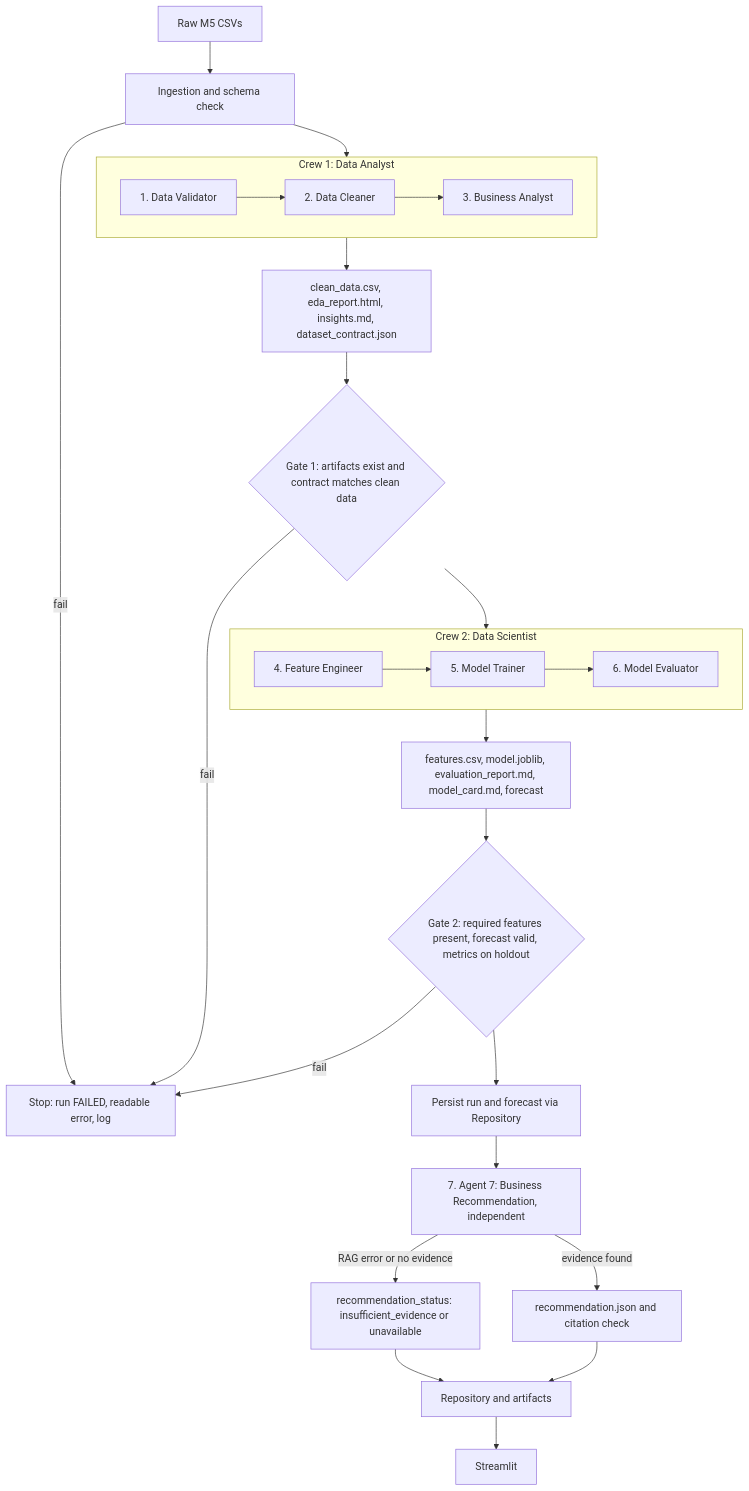
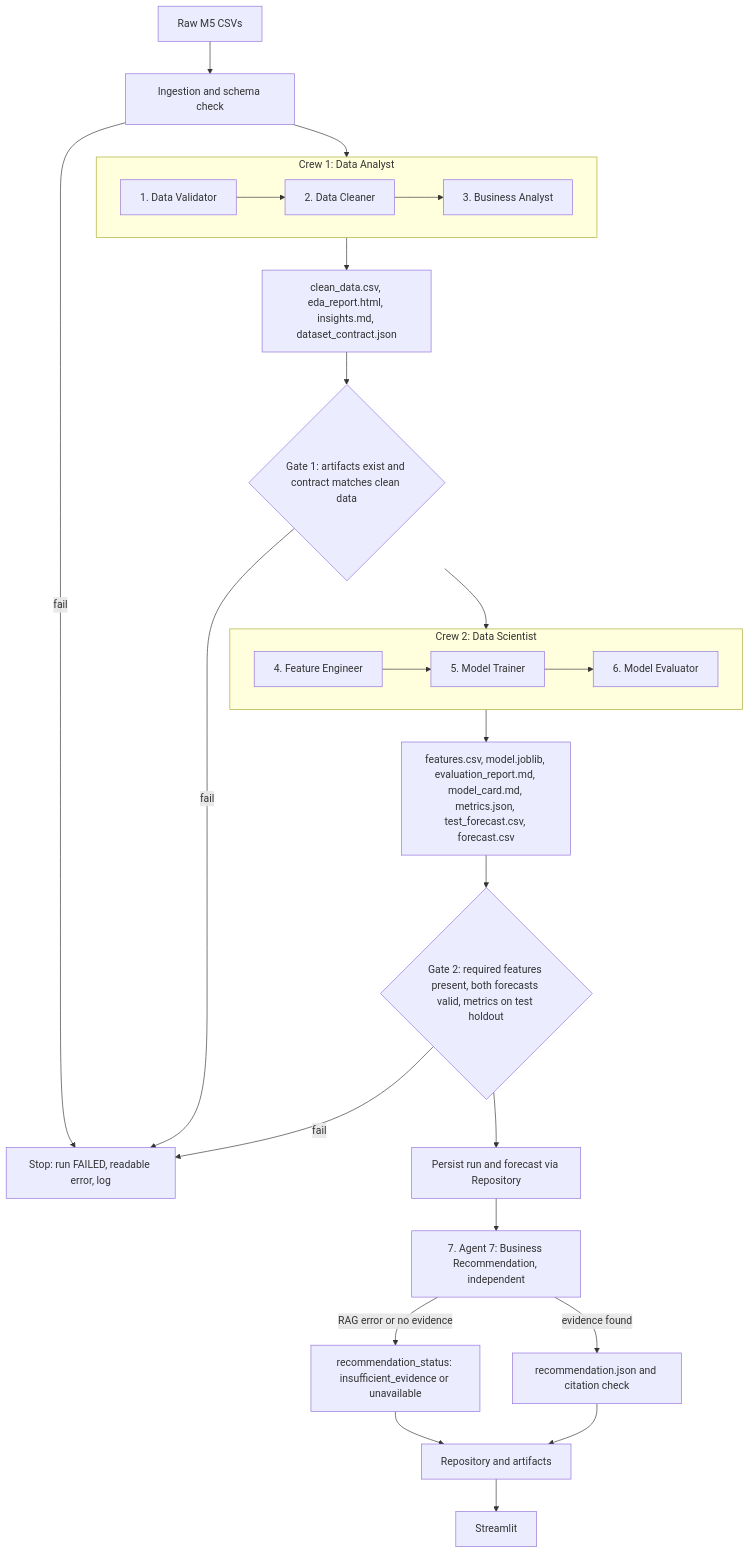
One commit to micgotler-cmd/retailai-multi-agent-sales-intelligence changed the first of 3 diagrams in docs/architecture.md. Above: the diagram before and after it, drawn with Mermaid. The commit also changed other lines of this file and 6 other files, not shown here.

````diff
--- a/docs/architecture.md
+++ b/docs/architecture.md
@@ -15,31 +15,31 @@
 ```mermaid
 flowchart TD
     RAW[Raw M5 CSVs] --> ING[Ingestion and schema check]
     ING -->|fail| FAIL[Stop: run FAILED, readable error, log]
     ING --> C1
 
     subgraph C1[Crew 1: Data Analyst]
         A1[1. Data Validator] --> A2[2. Data Cleaner] --> A3[3. Business Analyst]
     end
 
     C1 --> ART1[clean_data.csv, eda_report.html, insights.md, dataset_contract.json]
     ART1 --> G1{Gate 1: artifacts exist and contract matches clean data}
     G1 -->|fail| FAIL
     G1 --> C2
 
     subgraph C2[Crew 2: Data Scientist]
         S1[4. Feature Engineer] --> S2[5. Model Trainer] --> S3[6. Model Evaluator]
     end
 
-    C2 --> ART2[features.csv, model.joblib, evaluation_report.md, model_card.md, forecast]
-    ART2 --> G2{Gate 2: required features present, forecast valid, metrics on holdout}
+    C2 --> ART2[features.csv, model.joblib, evaluation_report.md, model_card.md, metrics.json, test_forecast.csv, forecast.csv]
+    ART2 --> G2{Gate 2: required features present, both forecasts valid, metrics on test holdout}
     G2 -->|fail| FAIL
     G2 --> PERSIST[Persist run and forecast via Repository]
 
     PERSIST --> A7[7. Agent 7: Business Recommendation, independent]
     A7 -->|RAG error or no evidence| ABST[recommendation_status: insufficient_evidence or unavailable]
     A7 -->|evidence found| REC[recommendation.json and citation check]
     ABST --> OUT[Repository and artifacts]
     REC --> OUT
     OUT --> UI[Streamlit]
 ```
````
